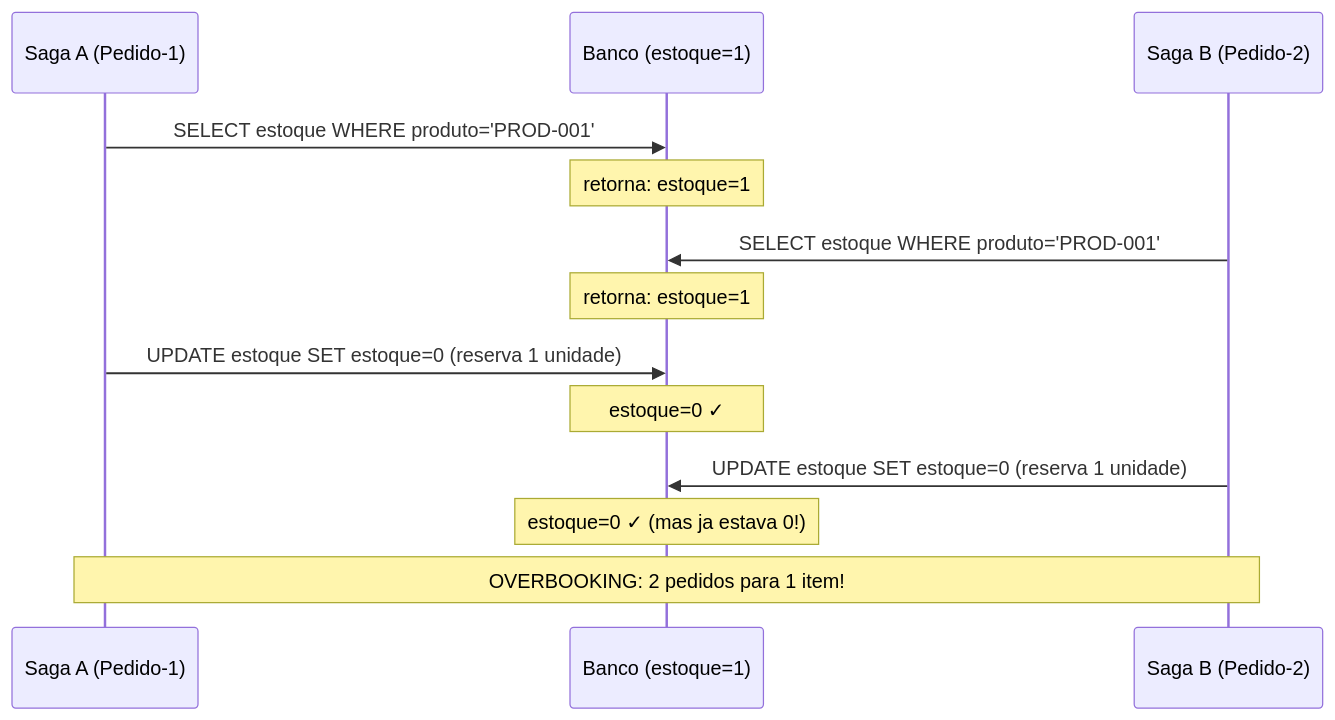
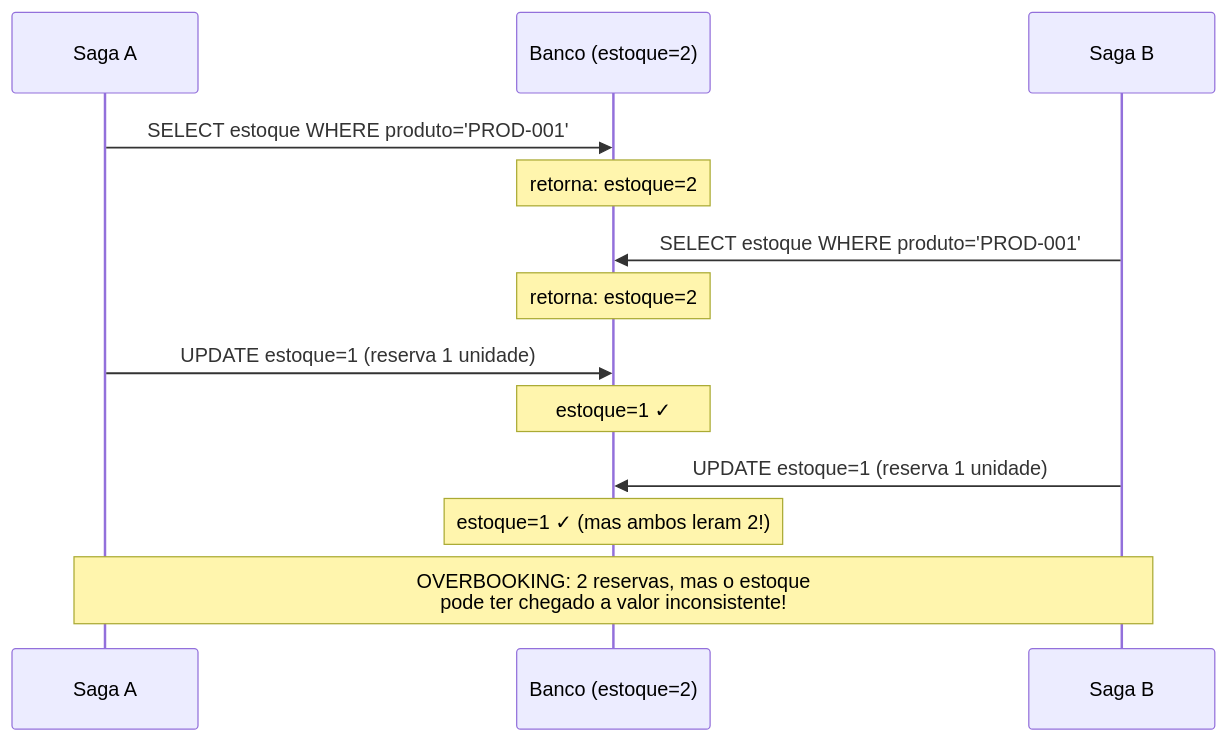
The first of 4 diagrams in docs/07-concorrencia-sagas.md (iannkzw/saga-orchestration-sqs), drawn with Mermaid before and after one commit. The commit also changed other lines of this file and 7 other files, not shown here.

````diff
--- a/docs/07-concorrencia-sagas.md
+++ b/docs/07-concorrencia-sagas.md
@@ -17,19 +15,19 @@
 ```mermaid
 sequenceDiagram
-    participant SA as Saga A (Pedido-1)
-    participant DB as Banco (estoque=1)
-    participant SB as Saga B (Pedido-2)
+    participant SA as Saga A
+    participant DB as Banco (estoque=2)
+    participant SB as Saga B
 
     SA->>DB: SELECT estoque WHERE produto='PROD-001'
-    Note over DB: retorna: estoque=1
+    Note over DB: retorna: estoque=2
     SB->>DB: SELECT estoque WHERE produto='PROD-001'
-    Note over DB: retorna: estoque=1
+    Note over DB: retorna: estoque=2
 
-    SA->>DB: UPDATE estoque SET estoque=0 (reserva 1 unidade)
-    Note over DB: estoque=0 ✓
+    SA->>DB: UPDATE estoque=1 (reserva 1 unidade)
+    Note over DB: estoque=1 ✓
 
-    SB->>DB: UPDATE estoque SET estoque=0 (reserva 1 unidade)
-    Note over DB: estoque=0 ✓ (mas ja estava 0!)
+    SB->>DB: UPDATE estoque=1 (reserva 1 unidade)
+    Note over DB: estoque=1 ✓ (mas ambos leram 2!)
 
-    Note over SA,SB: OVERBOOKING: 2 pedidos para 1 item!
+    Note over SA,SB: OVERBOOKING: 2 reservas, mas o estoque<br/>pode ter chegado a valor inconsistente!
 ```
````
